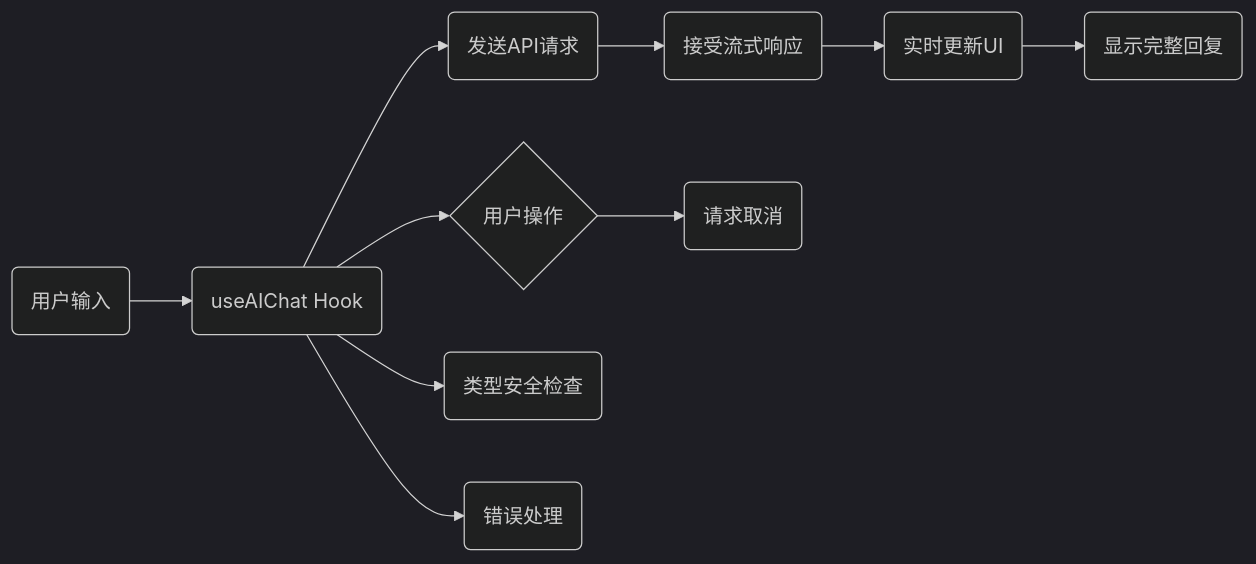
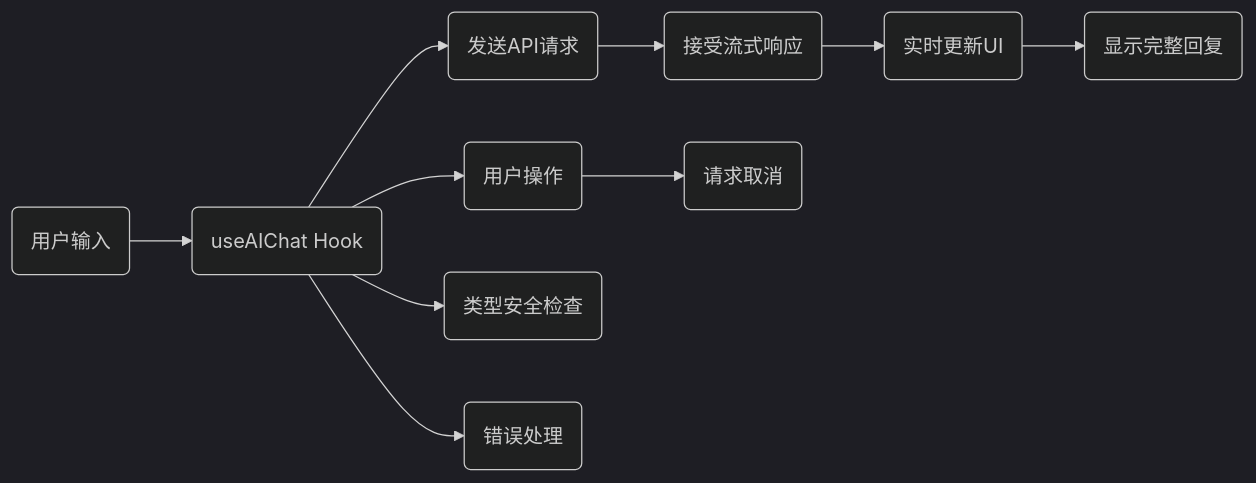
One commit to honggzb/Study-General changed the second of 3 diagrams in AI/programming/AI前端之01-TS泛型接口+SSE.md. Above: the diagram before and after it, drawn with Mermaid (dark theme).

Commit message:
Fix flowchart node label for user actions

````diff
--- a/AI/programming/AI前端之01-TS泛型接口+SSE.md
+++ b/AI/programming/AI前端之01-TS泛型接口+SSE.md
@@ -179,9 +179,9 @@
 ```mermaid
 flowchart LR
    用户输入(用户输入)  --> useAIChat(useAIChat Hook)
    useAIChat --> 发送API请求(发送API请求) --> 接受流式响应(接受流式响应) --> 实时更新UI(实时更新UI) --> 显示完整回复(显示完整回复)
-   useAIChat  --> 用户操作{用户操作}
+   useAIChat  --> 用户操作(用户操作)
    useAIChat  --> 类型安全检查(类型安全检查)
    useAIChat  --> 错误处理(错误处理)
    用户操作  --> 请求取消(请求取消)
 ```
````
